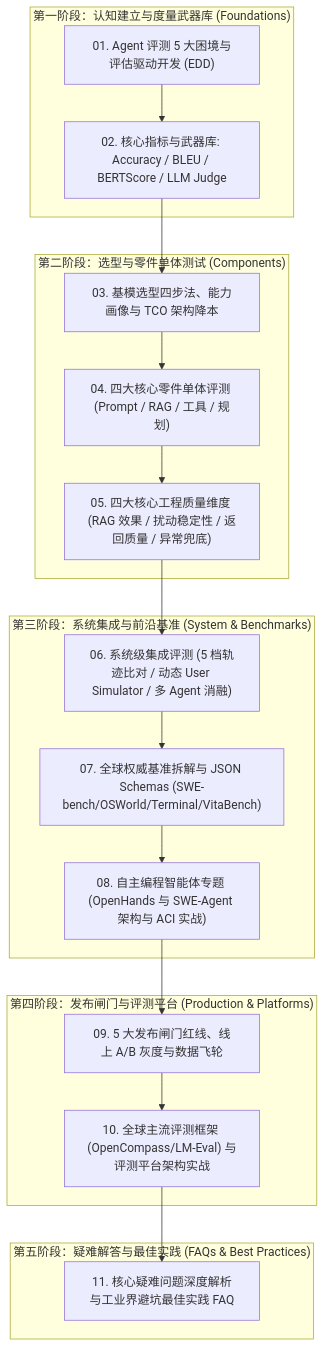
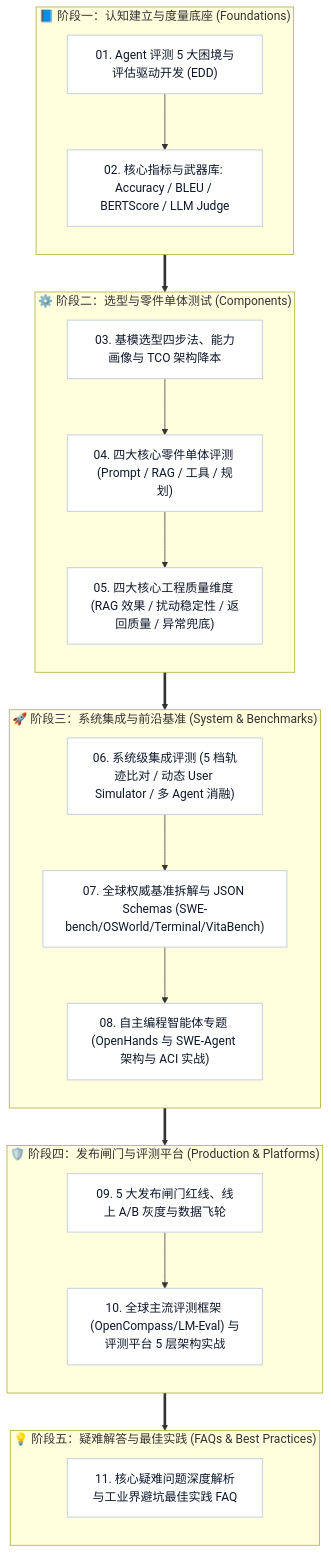
Before and after one commit to Anlon-27/awesome-agent-eval: the first of 2 diagrams in README.md, drawn with Mermaid. The commit also changed other lines of this file and 5 other files, not shown here.

Commit message:
style: Beautify Mermaid flowcharts and align all 11 guide titles with numbering

````diff
--- a/README.md
+++ b/README.md
@@ -30,27 +30,52 @@
 ```mermaid
-graph TD
-    subgraph STAGE1["第一阶段：认知建立与度量武器库 (Foundations)"]
-        D1["01. Agent 评测 5 大困境与评估驱动开发 (EDD)"] --> D2["02. 核心指标与武器库: Accuracy / BLEU / BERTScore / LLM Judge"]
+flowchart TD
+    classDef stageBox fill:#f8fafc,stroke:#3b82f6,stroke-width:2px,rx:8px,ry:8px;
+    classDef stepNode fill:#ffffff,stroke:#cbd5e1,stroke-width:1.5px,color:#0f172a;
+
+    subgraph S1["📘 阶段一：认知建立与度量底座 (Foundations)"]
+        direction TB
+        N1["01. Agent 评测 5 大困境与评估驱动开发 (EDD)"]
+        N2["02. 核心指标与武器库: Accuracy / BLEU / BERTScore / LLM Judge"]
+        N1 --> N2
     end
+    class S1 stageBox;
+    class N1,N2 stepNode;
 
-    subgraph STAGE2["第二阶段：选型与零件单体测试 (Components)"]
-        D2 --> D3["03. 基模选型四步法、能力画像与 TCO 架构降本"]
-        D3 --> D4["04. 四大核心零件单体评测 (Prompt / RAG / 工具 / 规划)"]
-        D4 --> D5["05. 四大核心工程质量维度 (RAG 效果 / 扰动稳定性 / 返回质量 / 异常兜底)"]
+    subgraph S2["⚙️ 阶段二：选型与零件单体测试 (Components)"]
+        direction TB
+        N3["03. 基模选型四步法、能力画像与 TCO 架构降本"]
+        N4["04. 四大核心零件单体评测 (Prompt / RAG / 工具 / 规划)"]
+        N5["05. 四大核心工程质量维度 (RAG 效果 / 扰动稳定性 / 返回质量 / 异常兜底)"]
+        N3 --> N4 --> N5
     end
+    class S2 stageBox;
+    class N3,N4,N5 stepNode;
 
-    subgraph STAGE3["第三阶段：系统集成与前沿基准 (System & Benchmarks)"]
-        D5 --> D6["06. 系统级集成评测 (5 档轨迹比对 / 动态 User Simulator / 多 Agent 消融)"]
-        D6 --> D7["07. 全球权威基准拆解与 JSON Schemas (SWE-bench/OSWorld/Terminal/VitaBench)"]
-        D7 --> D8["08. 自主编程智能体专题 (OpenHands 与 SWE-Agent 架构与 ACI 实战)"]
+    subgraph S3["🚀 阶段三：系统集成与前沿基准 (System & Benchmarks)"]
+        direction TB
+        N6["06. 系统级集成评测 (5 档轨迹比对 / 动态 User Simulator / 多 Agent 消融)"]
+        N7["07. 全球权威基准拆解与 JSON Schemas (SWE-bench/OSWorld/Terminal/VitaBench)"]
+        N8["08. 自主编程智能体专题 (OpenHands 与 SWE-Agent 架构与 ACI 实战)"]
+        N6 --> N7 --> N8
     end
+    class S3 stageBox;
+    class N6,N7,N8 stepNode;
 
-    subgraph STAGE4["第四阶段：发布闸门与评测平台 (Production & Platforms)"]
-        D8 --> D9["09. 5 大发布闸门红线、线上 A/B 灰度与数据飞轮"]
-        D9 --> D10["10. 全球主流评测框架 (OpenCompass/LM-Eval) 与评测平台架构实战"]
+    subgraph S4["🛡️ 阶段四：发布闸门与评测平台 (Production & Platforms)"]
+        direction TB
+        N9["09. 5 大发布闸门红线、线上 A/B 灰度与数据飞轮"]
+        N10["10. 全球主流评测框架 (OpenCompass/LM-Eval) 与评测平台 5 层架构实战"]
+        N9 --> N10
     end
+    class S4 stageBox;
+    class N9,N10 stepNode;
 
-    subgraph STAGE5["第五阶段：疑难解答与最佳实践 (FAQs & Best Practices)"]
-        D10 --> D11["11. 核心疑难问题深度解析与工业界避坑最佳实践 FAQ"]
+    subgraph S5["💡 阶段五：疑难解答与最佳实践 (FAQs & Best Practices)"]
+        direction TB
+        N11["11. 核心疑难问题深度解析与工业界避坑最佳实践 FAQ"]
     end
+    class S5 stageBox;
+    class N11 stepNode;
+
+    S1 ==> S2 ==> S3 ==> S4 ==> S5
 ```
````
